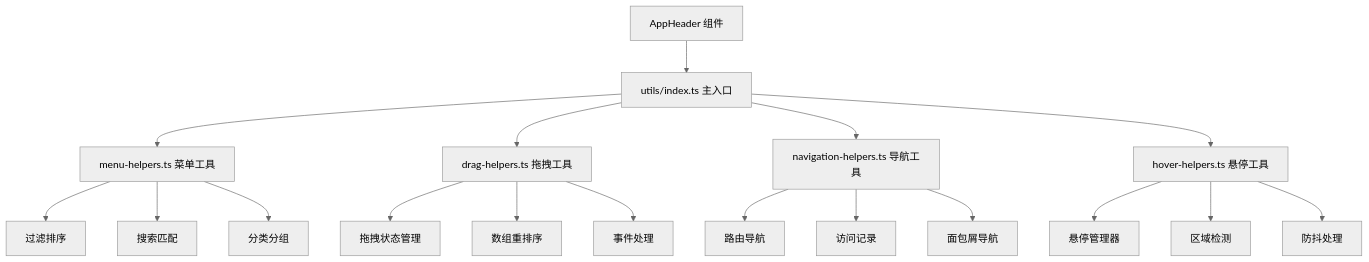
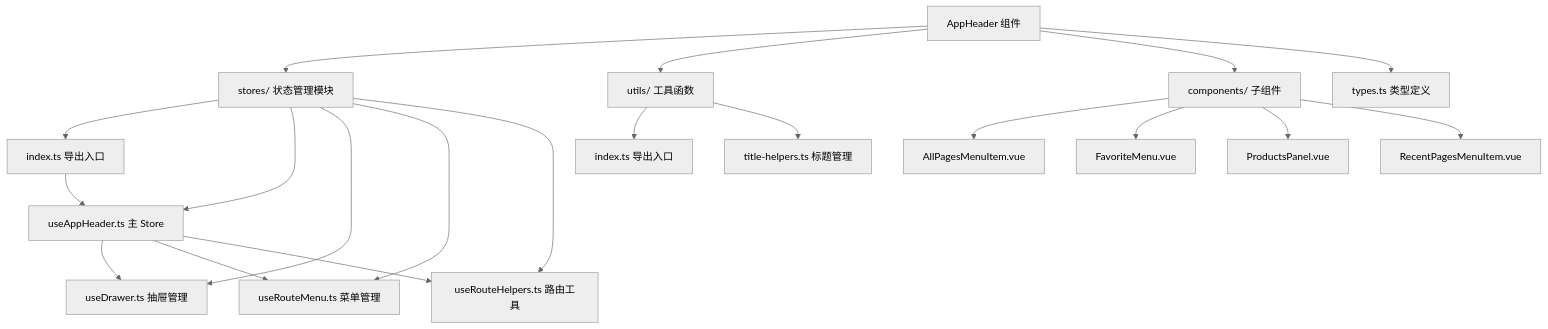
One commit to lwmacct/250730-vuetifyjs-template changed the diagram in src/components/AppHeader/README.md. Above: the diagram before and after it, drawn with Mermaid (neutral theme). The commit also changed other lines of this file and 5 other files, not shown here.

First line of the commit message:
refactor(AppHeader): 优化组件结构和模块化设计

````diff
--- a/src/components/AppHeader/README.md
+++ b/src/components/AppHeader/README.md
@@ -394,24 +333,26 @@
 ```mermaid
 graph TB
-    A[AppHeader 组件] --> B[utils/index.ts 主入口]
-    B --> C[menu-helpers.ts 菜单工具]
-    B --> D[drag-helpers.ts 拖拽工具]
-    B --> E[navigation-helpers.ts 导航工具]
-    B --> F[hover-helpers.ts 悬停工具]
+    A[AppHeader 组件] --> B[stores/ 状态管理模块]
+    A --> C[utils/ 工具函数]
+    A --> D[components/ 子组件]
+    A --> E[types.ts 类型定义]
 
-    C --> C1[过滤排序]
-    C --> C2[搜索匹配]
-    C --> C3[分类分组]
+    B --> B1[index.ts 导出入口]
+    B --> B2[useAppHeader.ts 主 Store]
+    B --> B3[useDrawer.ts 抽屉管理]
+    B --> B4[useRouteMenu.ts 菜单管理]
+    B --> B5[useRouteHelpers.ts 路由工具]
 
-    D --> D1[拖拽状态管理]
-    D --> D2[数组重排序]
-    D --> D3[事件处理]
+    B1 --> B2
+    B2 --> B3
+    B2 --> B4
+    B2 --> B5
 
-    E --> E1[路由导航]
-    E --> E2[访问记录]
-    E --> E3[面包屑导航]
+    C --> C1[index.ts 导出入口]
+    C --> C2[title-helpers.ts 标题管理]
 
-    F --> F1[悬停管理器]
-    F --> F2[区域检测]
-    F --> F3[防抖处理]
+    D --> D1[AllPagesMenuItem.vue]
+    D --> D2[FavoriteMenu.vue]
+    D --> D3[ProductsPanel.vue]
+    D --> D4[RecentPagesMenuItem.vue]
 ```
````
